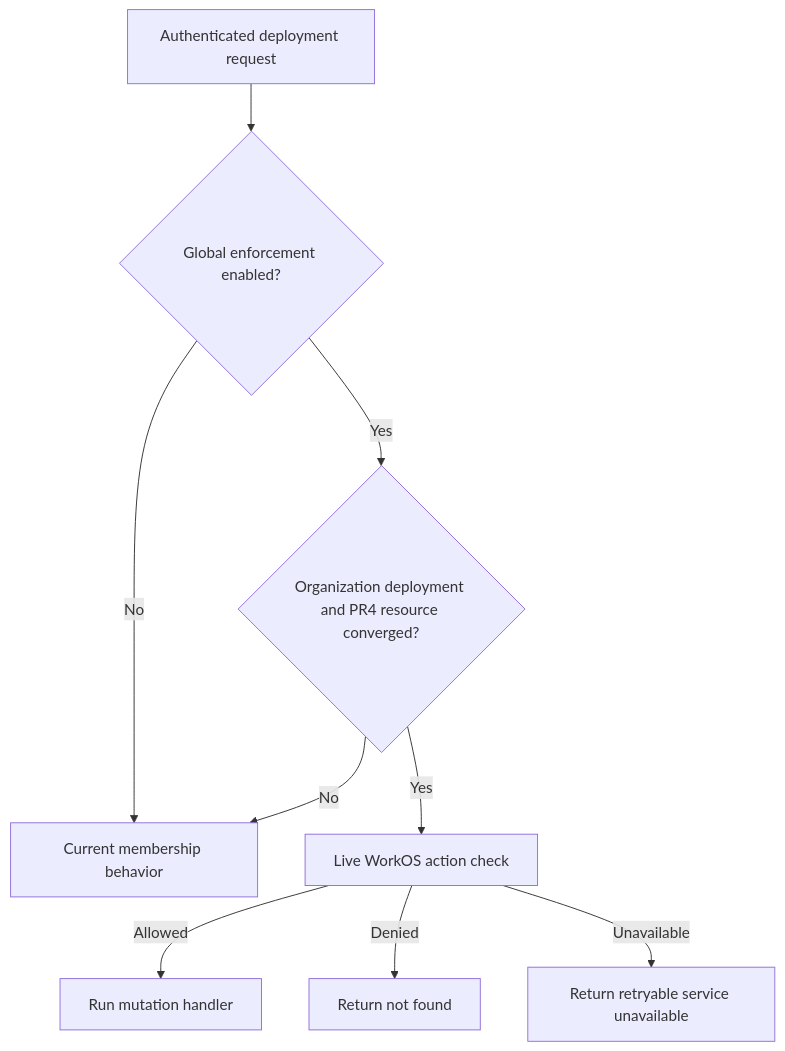
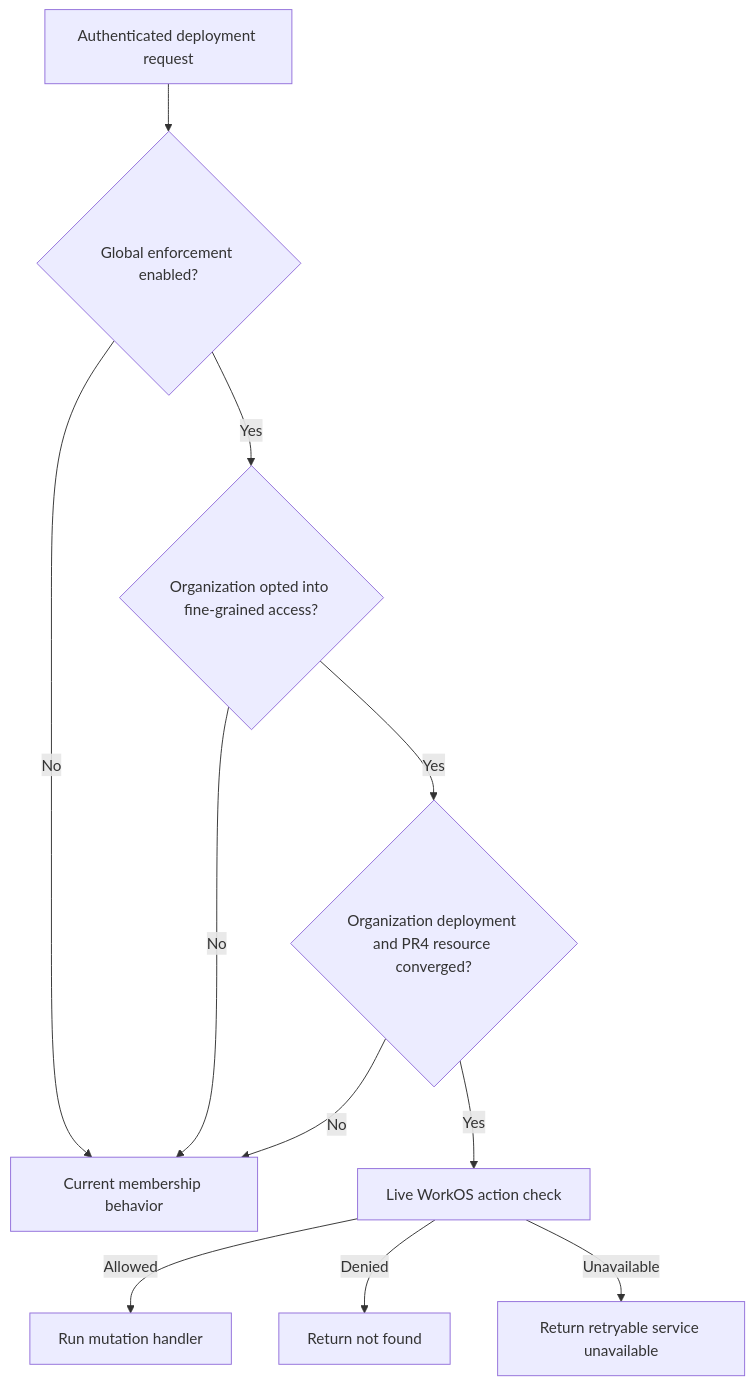
Before and after one commit to astropods/astro-cli: the fifth of 5 diagrams in docs/01-spec/deployment-fgac-rollout.md, drawn with Mermaid. The commit also changed 20 other files, not shown here.

````diff
--- a/docs/01-spec/deployment-fgac-rollout.md
+++ b/docs/01-spec/deployment-fgac-rollout.md
@@ -227,11 +227,13 @@
 ```mermaid
 flowchart TD
     Request["Authenticated deployment request"] --> Global{"Global enforcement enabled?"}
     Global -- No --> Legacy["Current membership behavior"]
-    Global -- Yes --> Ready{"Organization deployment and PR4 resource converged?"}
+    Global -- Yes --> OptIn{"Organization opted into fine-grained access?"}
+    OptIn -- No --> Legacy
+    OptIn -- Yes --> Ready{"Organization deployment and PR4 resource converged?"}
     Ready -- No --> Legacy
     Ready -- Yes --> Check["Live WorkOS action check"]
     Check -- Allowed --> Handler["Run mutation handler"]
     Check -- Denied --> Hidden["Return not found"]
     Check -- Unavailable --> Retry["Return retryable service unavailable"]
 ```
````
